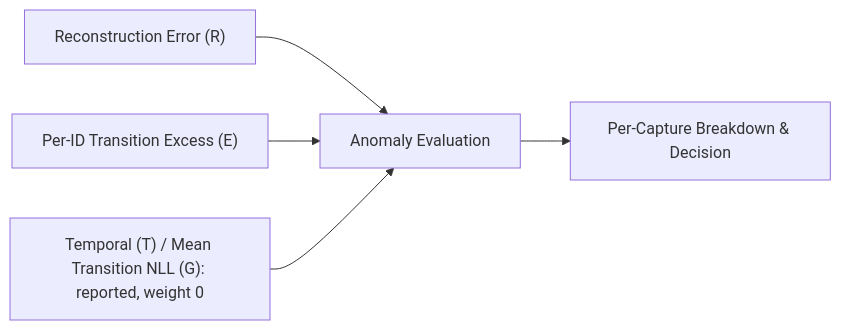
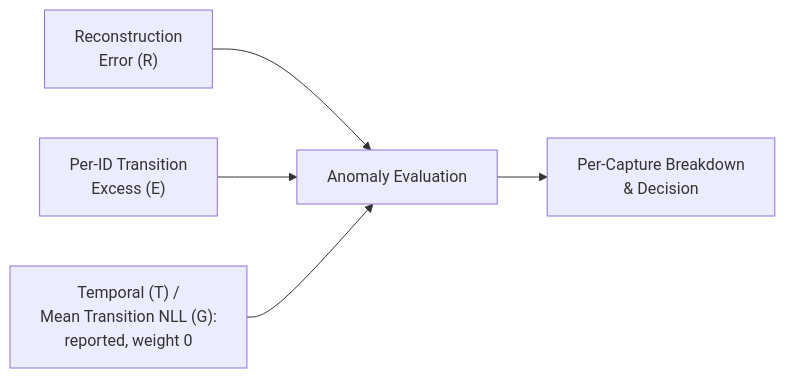
Before and after one commit to Etrlnx/Vaahan: the fifth of 7 diagrams in README.md, drawn with Mermaid. The commit also changed other lines of this file, not shown here.

Commit message:
docs(readme): wrap long mermaid labels and tidy problem statement and section headings

````diff
--- a/README.md
+++ b/README.md
@@ -323,9 +321,9 @@
 ```mermaid
 flowchart LR
 
-A["Reconstruction Error (R)"] --> D[Anomaly Evaluation]
-B["Per-ID Transition Excess (E)"] --> D
-C["Temporal (T) / Mean Transition NLL (G): reported, weight 0"] --> D
+A["Reconstruction<br/>Error (R)"] --> D[Anomaly Evaluation]
+B["Per-ID Transition<br/>Excess (E)"] --> D
+C["Temporal (T) /<br/>Mean Transition NLL (G):<br/>reported, weight 0"] --> D
 
-D --> E[Per-Capture Breakdown & Decision]
+D --> E["Per-Capture Breakdown<br/>& Decision"]
 ```
````
